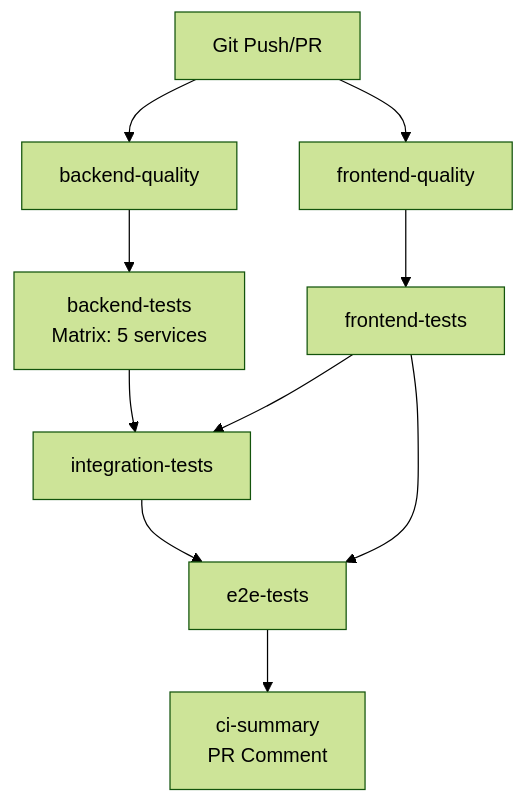
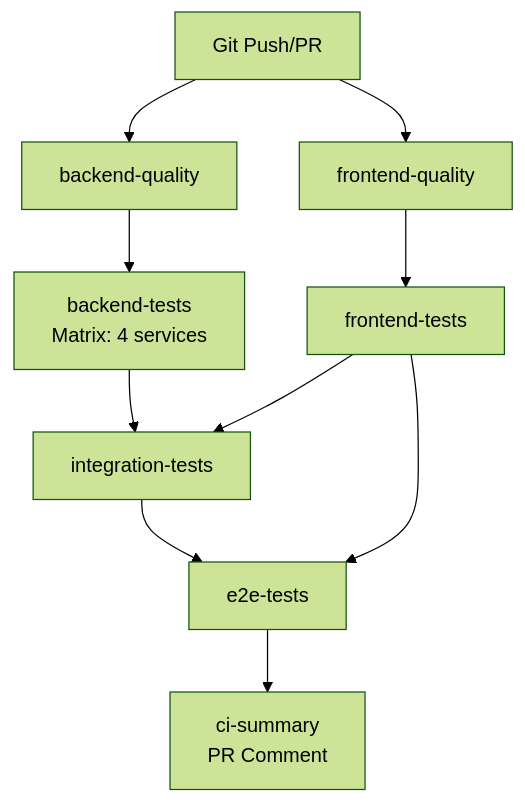
One commit to fulgidus/heimdall changed the diagram in CI_CONSOLIDATION_SUMMARY.md. Above: the diagram before and after it, drawn with Mermaid (forest theme). The commit also changed other lines of this file and 19 other files, not shown here.

````diff
--- a/CI_CONSOLIDATION_SUMMARY.md
+++ b/CI_CONSOLIDATION_SUMMARY.md
@@ -33,12 +33,12 @@
 ```mermaid
 graph TD
     A[Git Push/PR] --> B[backend-quality]
     A --> C[frontend-quality]
-    B --> D[backend-tests<br/>Matrix: 5 services]
+    B --> D[backend-tests<br/>Matrix: 4 services]
     C --> E[frontend-tests]
     D --> F[integration-tests]
     E --> F
     F --> G[e2e-tests]
     E --> G
     G --> H[ci-summary<br/>PR Comment]
 ```
````
